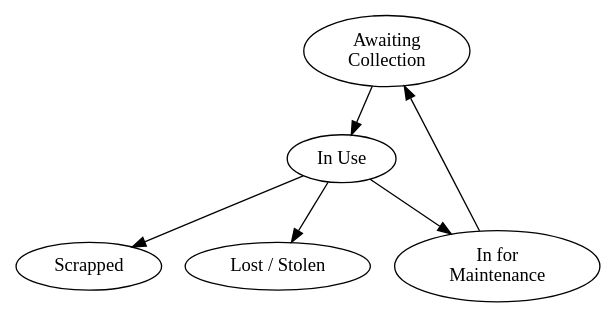
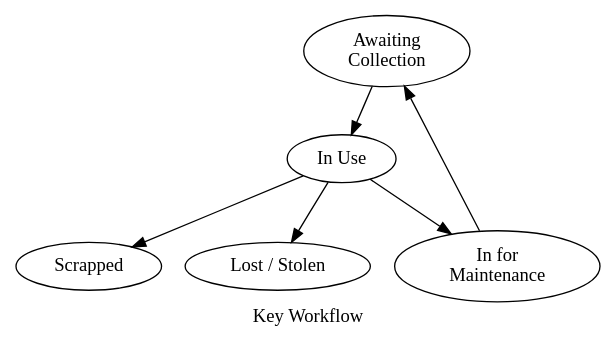
Before and after one commit to mike42/device-log: the diagram in maintenance/statuses/src/keys.dot, drawn with Graphviz. The commit also changed 3 other files, not shown here.

Commit message:
update workflow diagrams

```diff
--- a/maintenance/statuses/src/keys.dot
+++ b/maintenance/statuses/src/keys.dot
@@ -1,13 +1,15 @@
 digraph G {
-    graph [overlap=false];
-    ac [label="Awaiting\nCollection"];
-    use [label="In Use"];
-    scrap [label="Scrapped"];
-    lost [label="Lost / Stolen"];
-    in [label="In for\nMaintenance"];
-    ac -> use;
-    use -> lost;
-    use -> scrap;
-    in -> ac;
-    use -> in;
+	graph [overlap=false];
+	label="Key Workflow";
+
+	ac [label="Awaiting\nCollection"];
+	use [label="In Use"];
+	scrap [label="Scrapped"];
+	lost [label="Lost / Stolen"];
+	in [label="In for\nMaintenance"];
+	ac -> use;
+	use -> lost;
+	use -> scrap;
+	in -> ac;
+	use -> in;
 }
```
